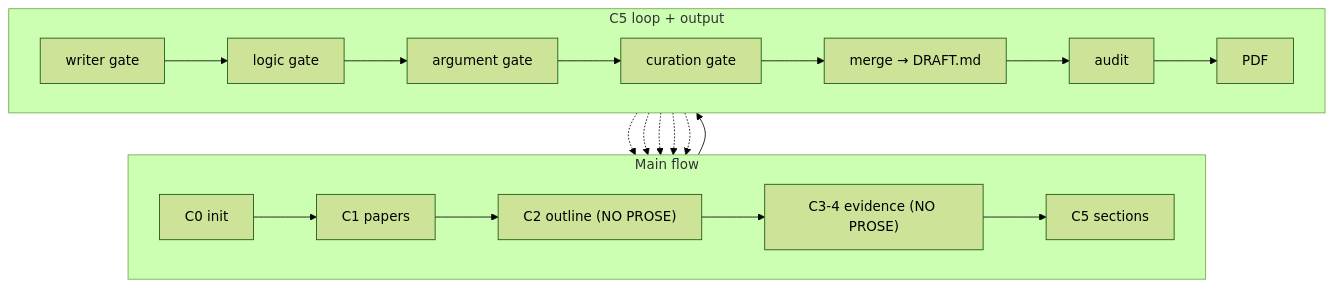
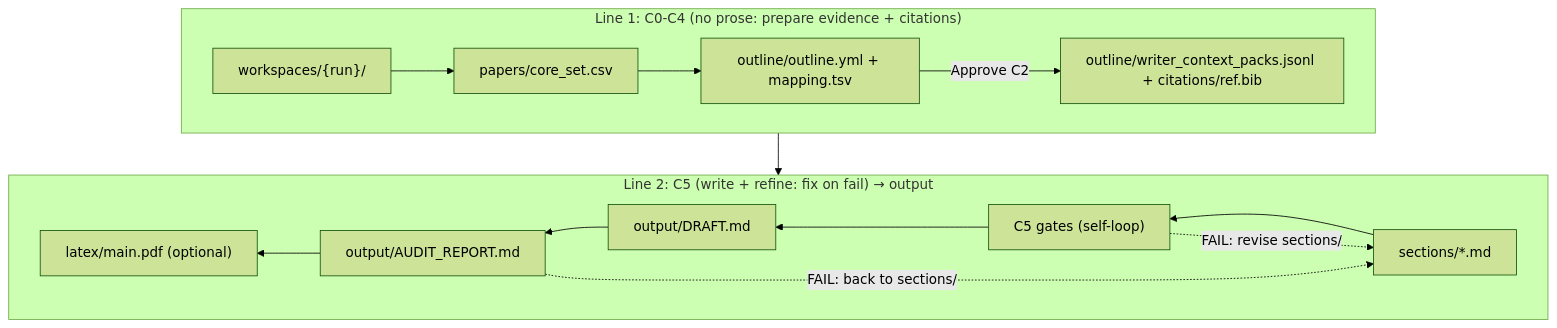
The diagram in README.en.md (WILLOSCAR/research-units-pipeline), drawn with Mermaid (forest theme) before and after one commit. The commit also changed other lines of this file and 1 other file, not shown here.

Commit message:
Revise README documentation to enhance clarity and update roadmap
- Remove outdated todo list and replace it with a roadmap section in both README.en.md and README.md, outlining future enhancements for multi-CLI collaboration and writing quality improvements.
- Update flowchart sections to improve clarity in the writing and review process, ensuring a more intuitive understanding of the workflow.
- Introduce a quick glossary to define key terms related to the writing process, enhancing user comprehension.

````diff
--- a/README.en.md
+++ b/README.en.md
@@ -204,20 +201,18 @@
 ```mermaid
 flowchart TB
-  subgraph TOP["Main flow"]
+  subgraph R1["Line 1: C0-C4 (no prose: prepare evidence + citations)"]
     direction LR
-    WS["C0 init"] --> P["C1 papers"] --> O["C2 outline (NO PROSE)"] --> E["C3-4 evidence (NO PROSE)"] --> S["C5 sections"]
+    WS["workspaces/{run}/"] --> CORE["papers/core_set.csv"]
+    CORE --> O["outline/outline.yml + mapping.tsv"]
+    O -->|Approve C2| PACKS["outline/writer_context_packs.jsonl + citations/ref.bib"]
   end
 
-  subgraph BOT["C5 loop + output"]
-    direction LR
-    G1["writer gate"] --> G2["logic gate"] --> G3["argument gate"] --> G4["curation gate"]
-    G4 --> D["merge → DRAFT.md"] --> A["audit"] --> TEX["PDF"]
+  subgraph R2["Line 2: C5 (write + refine: fix on fail) → output"]
+    direction RL
+    S["sections/*.md"] --> G["C5 gates (self-loop)"] --> D["output/DRAFT.md"] --> A["output/AUDIT_REPORT.md"] --> PDF["latex/main.pdf (optional)"]
   end
 
-  S --> G1
-  G1 -.-> S
-  G2 -.-> S
-  G3 -.-> S
-  G4 -.-> S
-  A -.-> S
+  PACKS --> S
+  G -.->|"FAIL: revise sections/"| S
+  A -.->|"FAIL: back to sections/"| S
 ```
````
